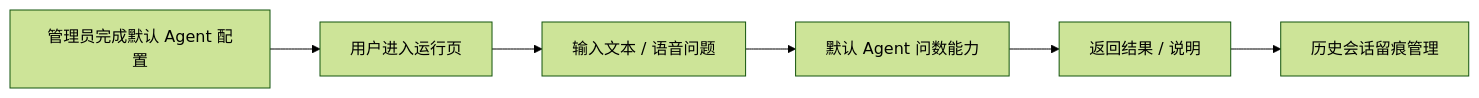
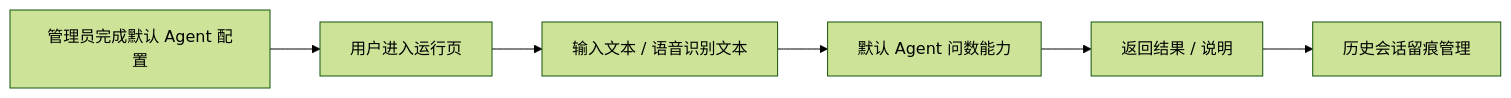
The diagram in 02-requirements/需求评审/MOM智能问数-MVP用户侧需求规格文档.md (workermx/km-mom-dataagent-docs), drawn with Mermaid (forest theme) before and after one commit. The commit also changed other lines of this file and 43 other files, not shown here.

````diff
--- a/02-requirements/需求评审/MOM智能问数-MVP用户侧需求规格文档.md
+++ b/02-requirements/需求评审/MOM智能问数-MVP用户侧需求规格文档.md
@@ -56,8 +57,8 @@
 ```mermaid
 flowchart LR
   A["管理员完成默认 Agent 配置"] --> B["用户进入运行页"]
-  B --> C["输入文本 / 语音问题"]
+  B --> C["输入文本 / 语音识别文本"]
   C --> D["默认 Agent 问数能力"]
   D --> E["返回结果 / 说明"]
   E --> F["历史会话留痕管理"]
 ```
````
